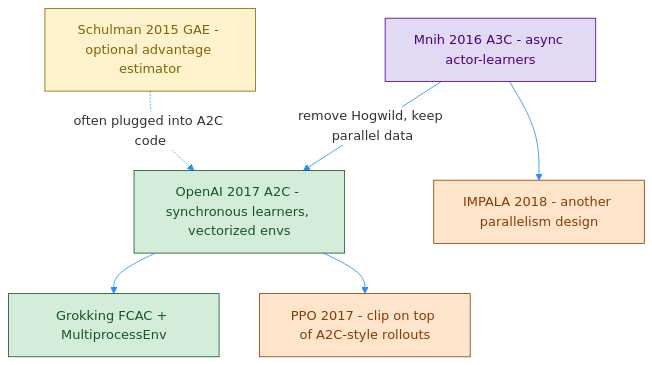
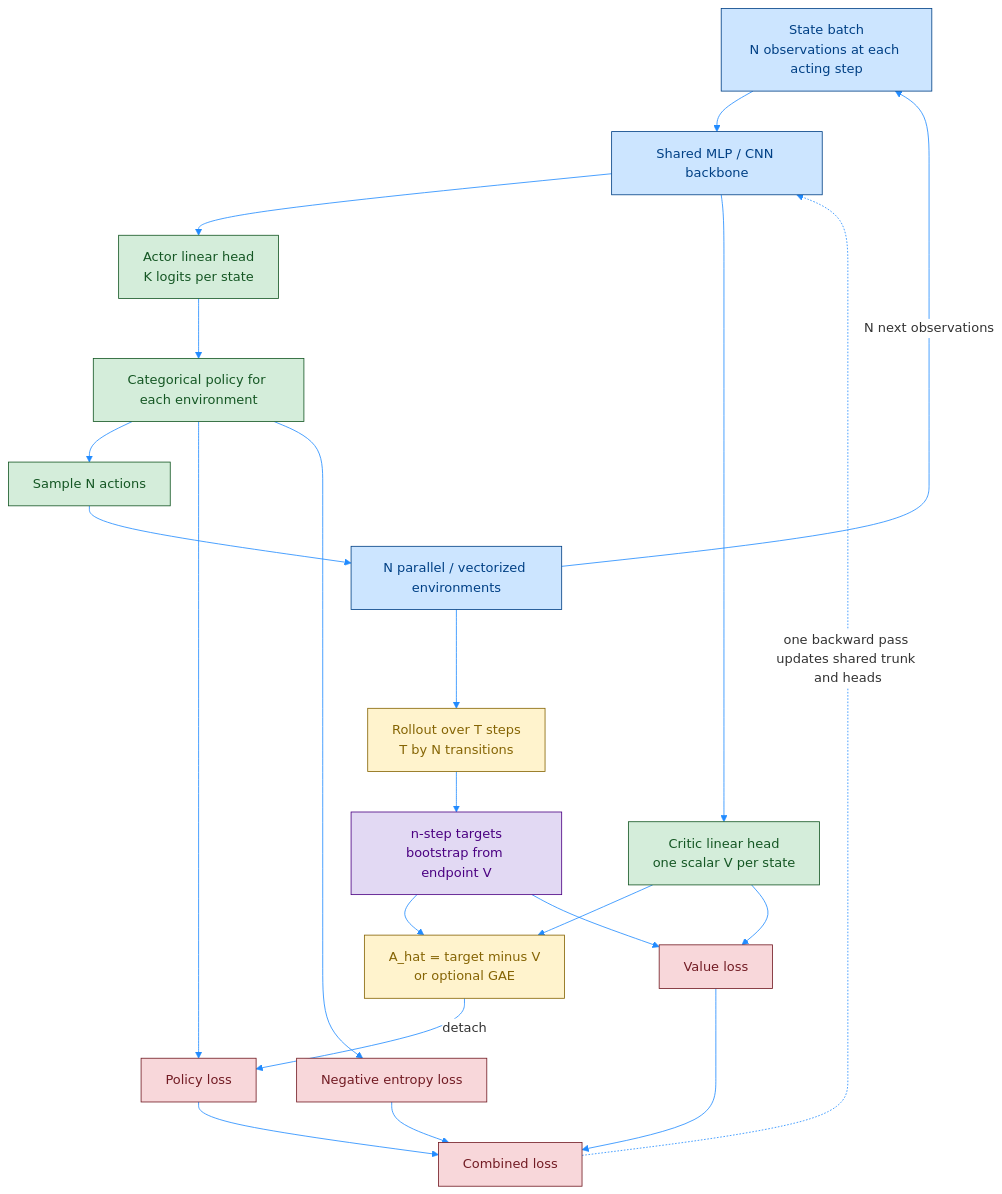
The first of 3 diagrams in Day81 RL python/02_Miguel Morales - Grokking Deep Reinforcement Learning/02_rl_with_dl/rom_photos/10_1_PB_actor-critic_A2C.md (Open-Source-Robotics-For-Myanmar/rl), drawn with Mermaid before and after one commit. The commit also changed other lines of this file and 5 other files, not shown here.

Commit message:
docs: organize paper and architecture notes in README

````diff
--- a/Day81 RL python/02_Miguel Morales - Grokking Deep Reinforcement Learning/02_rl_with_dl/rom_photos/10_1_PB_actor-critic_A2C.md
+++ b/Day81 RL python/02_Miguel Morales - Grokking Deep Reinforcement Learning/02_rl_with_dl/rom_photos/10_1_PB_actor-critic_A2C.md
@@ -55,26 +23,35 @@
 ```mermaid
 %%{init: {'theme': 'base', 'themeVariables': { 'primaryColor': '#ffffff', 'lineColor': '#218bff'}}}%%
-graph TD
-    P1[Mnih 2016 A3C - async actor-learners]
-    P2[Schulman 2015 GAE - optional advantage estimator]
-    P3[OpenAI 2017 A2C - synchronous learners, vectorized envs]
-    P4[Grokking FCAC + MultiprocessEnv]
-    P5[PPO 2017 - clip on top of A2C-style rollouts]
-    P6[IMPALA 2018 - another parallelism design]
+flowchart TD
+    S["State batch<br/>N observations at each acting step"] --> F["Shared MLP / CNN backbone"]
+    F --> P["Actor linear head<br/>K logits per state"]
+    F --> V["Critic linear head<br/>one scalar V per state"]
+    P --> D["Categorical policy for each environment"]
+    D --> A["Sample N actions"]
+    A --> E["N parallel / vectorized environments"]
+    E -->|"N next observations"| S
+    E --> B["Rollout over T steps<br/>T by N transitions"]
+    B --> R["n-step targets<br/>bootstrap from endpoint V"]
+    R --> ADV["A_hat = target minus V<br/>or optional GAE"]
+    V --> ADV
+    ADV -->|"detach"| LP["Policy loss"]
+    D --> LP
+    D --> H["Negative entropy loss"]
+    V --> LV["Value loss"]
+    R --> LV
+    LP --> L["Combined loss"]
+    H --> L
+    LV --> L
+    L -.->|"one backward pass updates shared trunk and heads"| F
 
-    P1 -->|remove Hogwild, keep parallel data| P3
-    P2 -.->|often plugged into A2C code| P3
-    P3 --> P4
-    P3 --> P5
-    P1 --> P6
-
-    classDef a3c fill:#e2d9f3,stroke:#4b0082,stroke-width:1px,color:#4b0082;
-    classDef gae fill:#fff3cd,stroke:#856404,stroke-width:1px,color:#856404;
-    classDef a2c fill:#d4edda,stroke:#155724,stroke-width:1px,color:#155724;
-    classDef later fill:#ffe5cc,stroke:#8a3b00,stroke-width:1px,color:#8a3b00;
-
-    class P1 a3c;
-    class P2 gae;
-    class P3,P4 a2c;
-    class P5,P6 later;
+    classDef data fill:#cce5ff,stroke:#004085,stroke-width:1px,color:#004085;
+    classDef network fill:#d4edda,stroke:#155724,stroke-width:1px,color:#155724;
+    classDef batch fill:#fff3cd,stroke:#856404,stroke-width:1px,color:#856404;
+    classDef target fill:#e2d9f3,stroke:#4b0082,stroke-width:1px,color:#4b0082;
+    classDef train fill:#f8d7da,stroke:#721c24,stroke-width:1px,color:#721c24;
+    class S,F,E data;
+    class P,V,D,A network;
+    class B,ADV batch;
+    class R target;
+    class LP,H,LV,L train;
 ```
````
